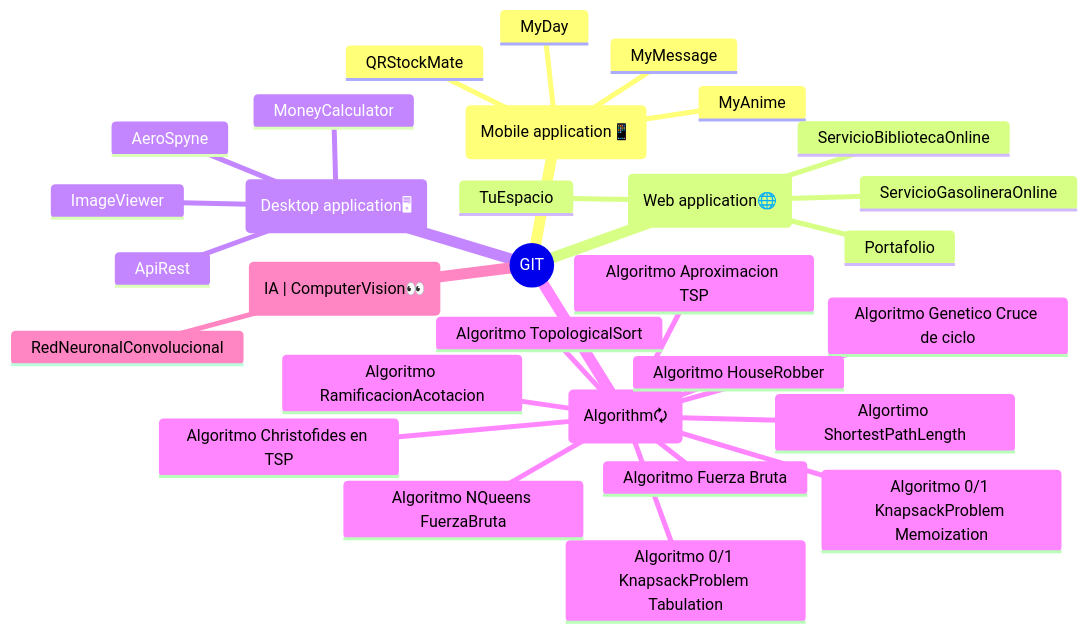
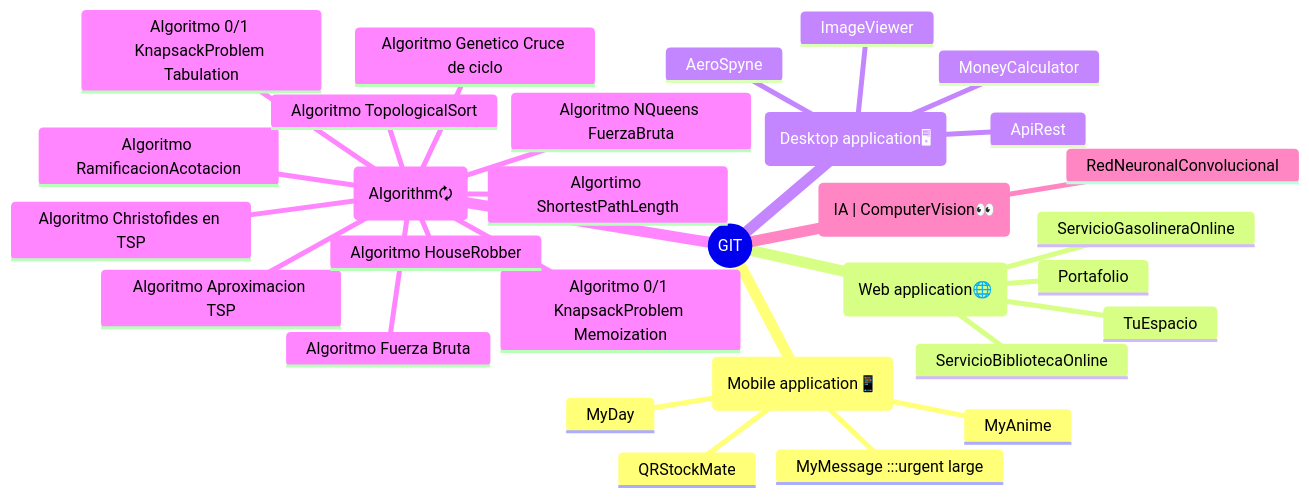
Before and after one commit to AcoranGonzalezMoray/AcoranGonzalezMoray: the diagram in README.md, drawn with Mermaid.

````diff
--- a/README.md
+++ b/README.md
@@ -127,33 +127,36 @@
 ```mermaid
 mindmap
   root((GIT))
+  :::urgent large
     Mobile application📱(Mobile application📱)
-      MyMessage 
+      MyMessage :::urgent large
       MyDay
       MyAnime
+      :::urgent large
       QRStockMate
+    :::urgent large
     Web application🌐(Web application🌐)
       ServicioGasolineraOnline
       ServicioBibliotecaOnline
       TuEspacio
       Portafolio
     Desktop application🖥(Desktop application🖥)
       AeroSpyne
       MoneyCalculator 
       ApiRest
       ImageViewer
     Algorithm🗘(Algorithm🗘)
         Algoritmo 0/1 KnapsackProblem Tabulation
         Algoritmo 0/1 KnapsackProblem Memoization
         Algoritmo Aproximacion TSP
         Algoritmo Christofides en TSP
         Algoritmo Fuerza Bruta
         Algoritmo Genetico Cruce de ciclo
         Algoritmo HouseRobber
         Algoritmo NQueens FuerzaBruta
         Algoritmo RamificacionAcotacion
         Algoritmo TopologicalSort
         Algortimo ShortestPathLength
     IA | ComputerVision👀(IA | ComputerVision👀)
         RedNeuronalConvolucional
 ```
````
